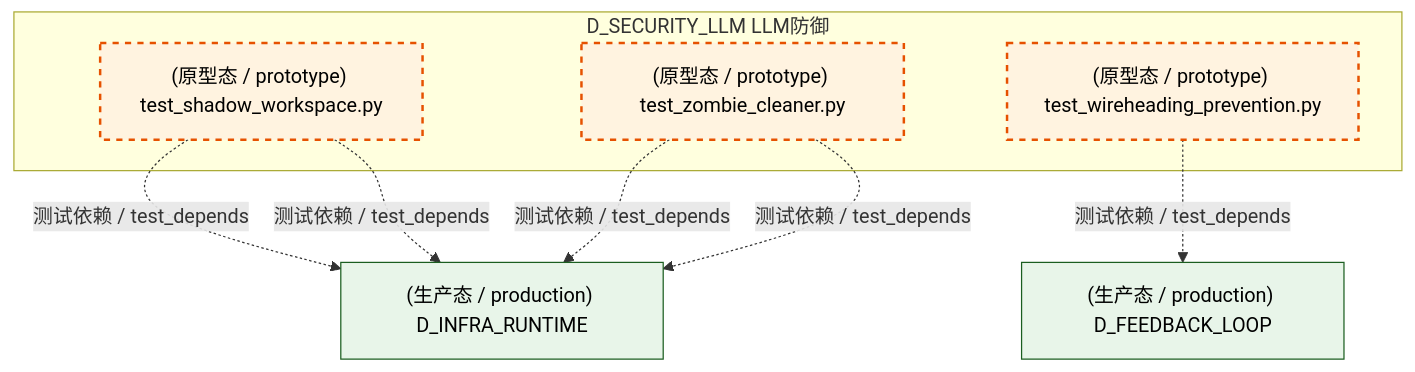
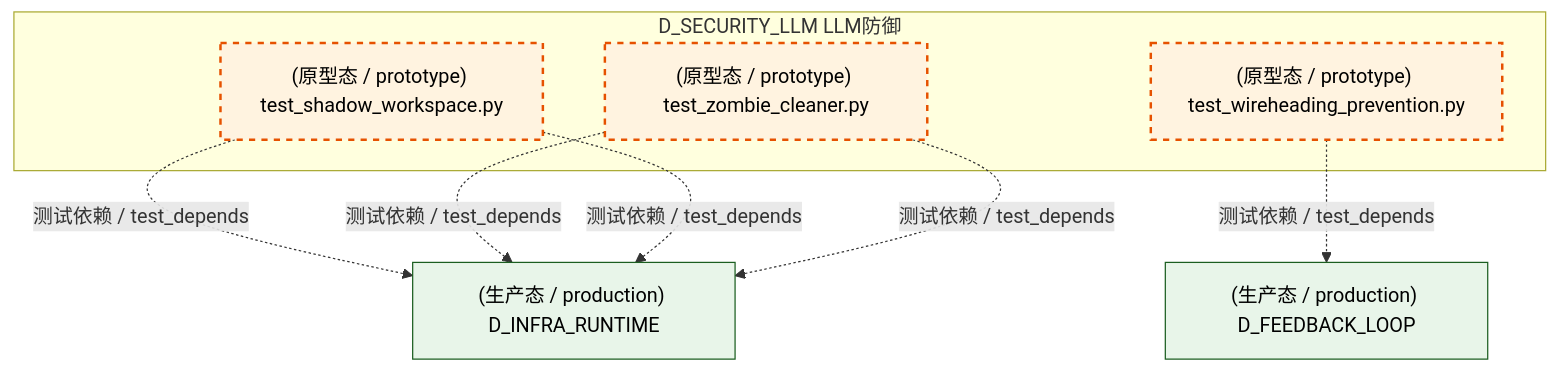
Before and after one commit to xuanFelixVan/ZephyrAlpha: the third of 6 diagrams in docs/02_enterprise_architecture/02_domain_architecture_docs/25_d_security_llm.md, drawn with Mermaid. The commit also changed other lines of this file and 126 other files, not shown here.

````diff
--- a/docs/02_enterprise_architecture/02_domain_architecture_docs/25_d_security_llm.md
+++ b/docs/02_enterprise_architecture/02_domain_architecture_docs/25_d_security_llm.md
@@ -273,21 +273,21 @@
 ```mermaid
 graph TD
     subgraph D_SECURITY_LLM["D_SECURITY_LLM LLM防御"]
         tests_llm_security_test_shadow_workspace_py["(原型态 / prototype) test_shadow_workspace.py"]
         tests_llm_security_test_wireheading_prevention_py["(原型态 / prototype) test_wireheading_prevention.py"]
         tests_llm_security_test_zombie_cleaner_py["(原型态 / prototype) test_zombie_cleaner.py"]
     end
+    D_INFRA_RUNTIME["(生产态 / production) D_INFRA_RUNTIME"]
+    tests_llm_security_test_shadow_workspace_py -.->|测试依赖 / test_depends| D_INFRA_RUNTIME
     D_FEEDBACK_LOOP["(生产态 / production) D_FEEDBACK_LOOP"]
     tests_llm_security_test_wireheading_prevention_py -.->|测试依赖 / test_depends| D_FEEDBACK_LOOP
-    D_INFRA_RUNTIME["(生产态 / production) D_INFRA_RUNTIME"]
+    tests_llm_security_test_zombie_cleaner_py -.->|测试依赖 / test_depends| D_INFRA_RUNTIME
     tests_llm_security_test_shadow_workspace_py -.->|测试依赖 / test_depends| D_INFRA_RUNTIME
-    tests_llm_security_test_shadow_workspace_py -.->|测试依赖 / test_depends| D_INFRA_RUNTIME
-    tests_llm_security_test_zombie_cleaner_py -.->|测试依赖 / test_depends| D_INFRA_RUNTIME
     tests_llm_security_test_zombie_cleaner_py -.->|测试依赖 / test_depends| D_INFRA_RUNTIME
     classDef production fill:#e1f5fe,stroke:#01579b,stroke-width:2px,color:#000
     classDef design fill:#fff3e0,stroke:#e65100,stroke-width:2px,color:#000,stroke-dasharray: 5 5
     classDef external_prod fill:#e8f5e9,stroke:#1b5e20,stroke-width:1px,color:#000
     classDef external_design fill:#fce4ec,stroke:#880e4f,stroke-width:1px,color:#000,stroke-dasharray: 5 5
     class tests_llm_security_test_shadow_workspace_py,tests_llm_security_test_wireheading_prevention_py,tests_llm_security_test_zombie_cleaner_py design
-    class D_FEEDBACK_LOOP,D_INFRA_RUNTIME external_prod
+    class D_INFRA_RUNTIME,D_FEEDBACK_LOOP external_prod
 ```
````
